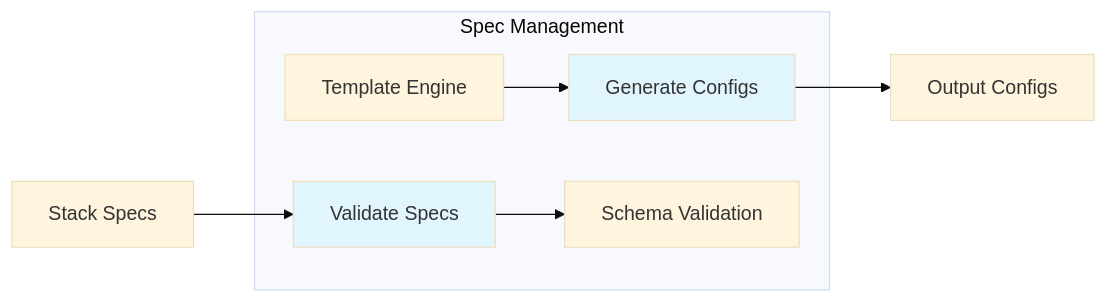
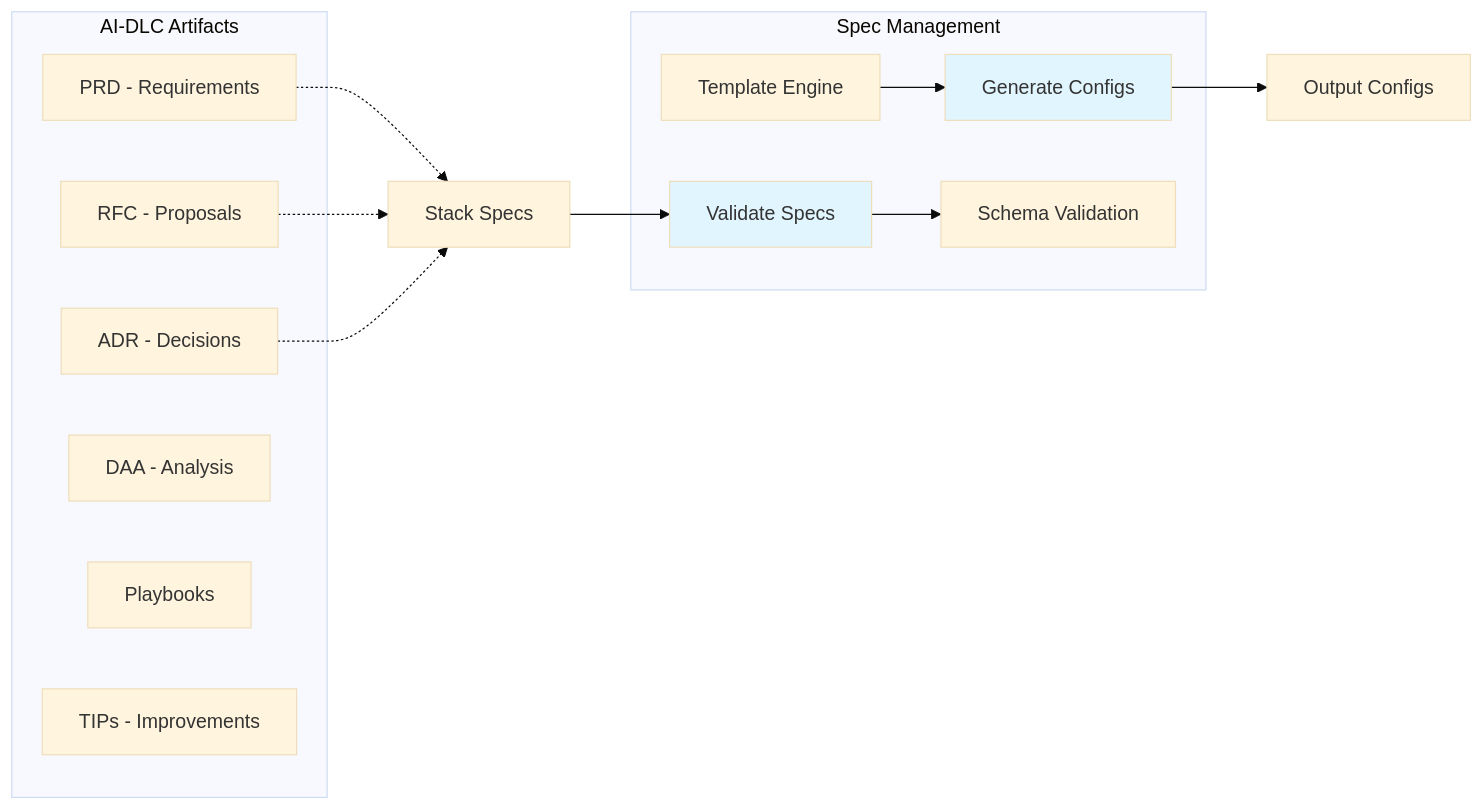
The third of 9 diagrams in README.md (airsstack/airsstack), drawn with Mermaid (base theme) before and after one commit. The commit also changed other lines of this file, not shown here.

First line of the commit message:
docs: add detailed architecture descriptions and ecosystem relationships

````diff
--- a/README.md
+++ b/README.md
@@ -239,17 +339,30 @@
 ```mermaid
 graph LR
     subgraph "Spec Management"
         VALIDATE[Validate Specs]
         GENERATE[Generate Configs]
         TEMPLATE[Template Engine]
         SCHEMA[Schema Validation]
     end
     
+    subgraph "AI-DLC Artifacts"
+        PRD[PRD - Requirements]
+        RFC[RFC - Proposals]
+        ADR[ADR - Decisions]
+        DAA[DAA - Analysis]
+        PLAY[Playbooks]
+        TIP[TIPs - Improvements]
+    end
+    
     SPECS[Stack Specs] --> VALIDATE
     VALIDATE --> SCHEMA
     TEMPLATE --> GENERATE
     GENERATE --> OUTPUT[Output Configs]
     
+    PRD -.-> SPECS
+    RFC -.-> SPECS
+    ADR -.-> SPECS
+    
     style VALIDATE fill:#e1f5ff
     style GENERATE fill:#e1f5ff
 ```
````
